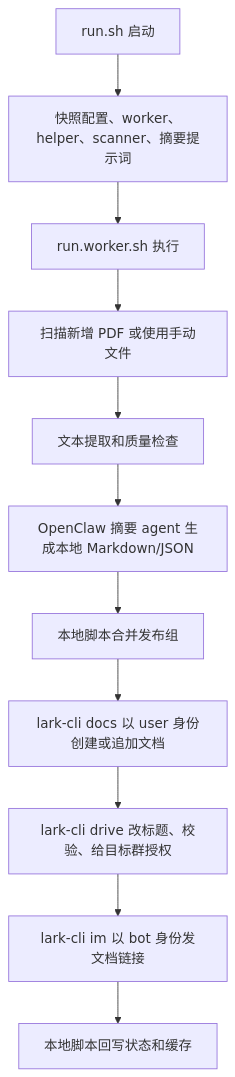
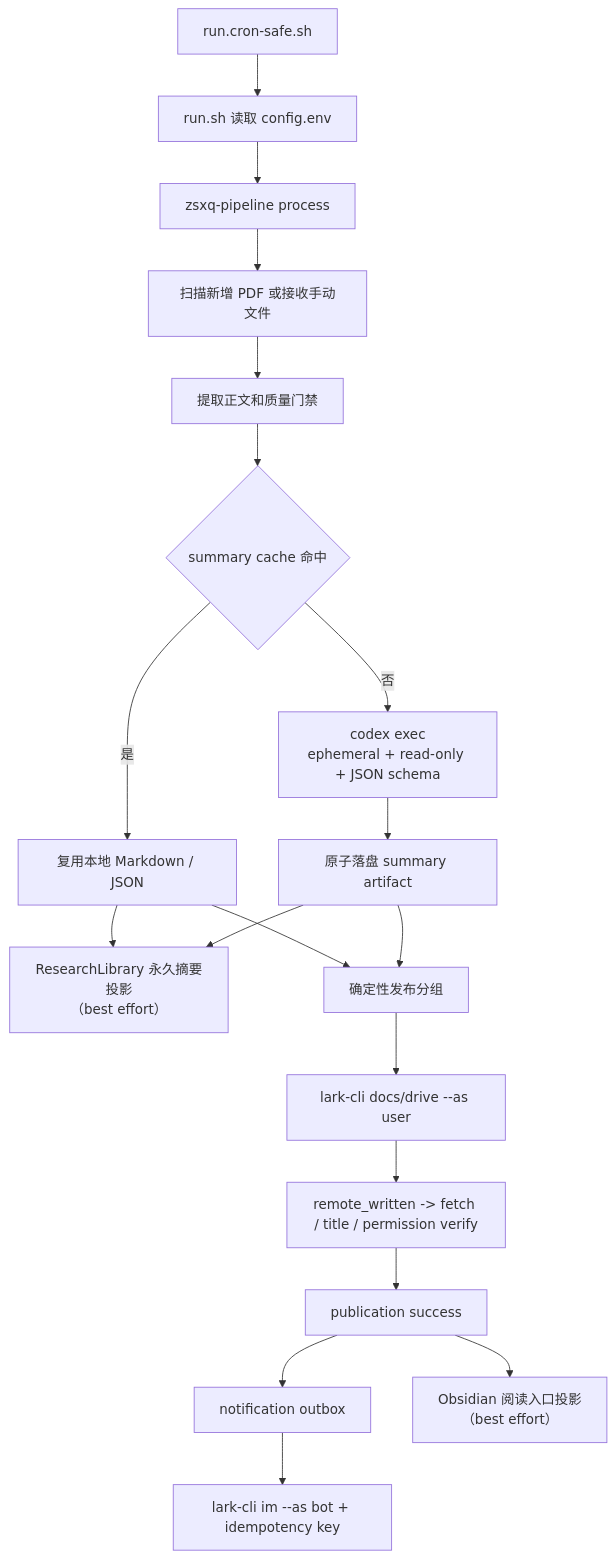
Before and after one commit to Charleyli925/zsxq-research-automation: the diagram in openclaw_tasks/zsxq_pdf_digest/WORKFLOW.md, drawn with Mermaid. The commit also changed other lines of this file and 48 other files, not shown here.

Commit message:
Refactor digest summaries to direct Codex and Lark

````diff
--- a/openclaw_tasks/zsxq_pdf_digest/WORKFLOW.md
+++ b/openclaw_tasks/zsxq_pdf_digest/WORKFLOW.md
@@ -12,13 +6,21 @@
 ```mermaid
 flowchart TD
-    A["run.sh 启动"] --> B["快照配置、worker、helper、scanner、摘要提示词"]
-    B --> C["run.worker.sh 执行"]
-    C --> D["扫描新增 PDF 或使用手动文件"]
-    D --> E["文本提取和质量检查"]
-    E --> F["OpenClaw 摘要 agent 生成本地 Markdown/JSON"]
-    F --> G["本地脚本合并发布组"]
-    G --> H["lark-cli docs 以 user 身份创建或追加文档"]
-    H --> I["lark-cli drive 改标题、校验、给目标群授权"]
-    I --> J["lark-cli im 以 bot 身份发文档链接"]
-    J --> K["本地脚本回写状态和缓存"]
+    A["run.cron-safe.sh"] --> B["run.sh 读取 config.env"]
+    B --> C["zsxq-pipeline process"]
+    C --> D["扫描新增 PDF 或接收手动文件"]
+    D --> E["提取正文和质量门禁"]
+    E --> F{"summary cache 命中"}
+    F -- "是" --> G["复用本地 Markdown / JSON"]
+    F -- "否" --> H["codex exec\nephemeral + read-only + JSON schema"]
+    H --> I["原子落盘 summary artifact"]
+    G --> R["ResearchLibrary 永久摘要投影\n（best effort）"]
+    I --> R
+    G --> J["确定性发布分组"]
+    I --> J
+    J --> K["lark-cli docs/drive --as user"]
+    K --> L["remote_written -> fetch / title / permission verify"]
+    L --> M["publication success"]
+    M --> N["notification outbox"]
+    N --> O["lark-cli im --as bot + idempotency key"]
+    M --> S["Obsidian 阅读入口投影\n（best effort）"]
 ```
````
